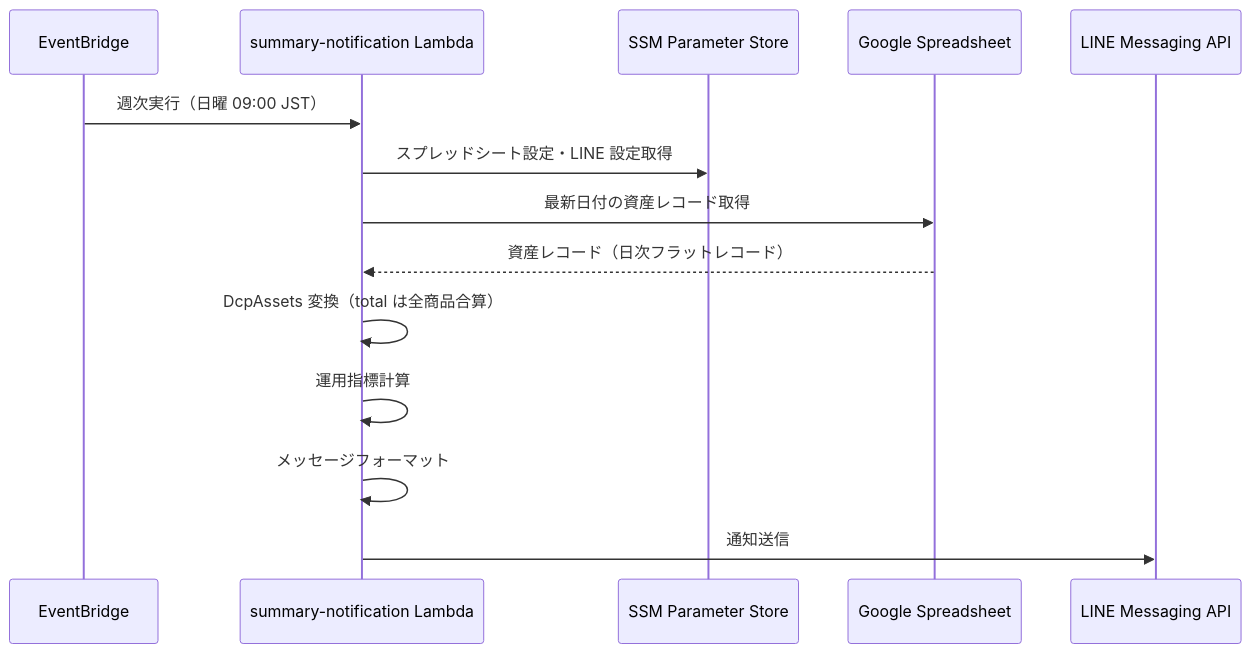
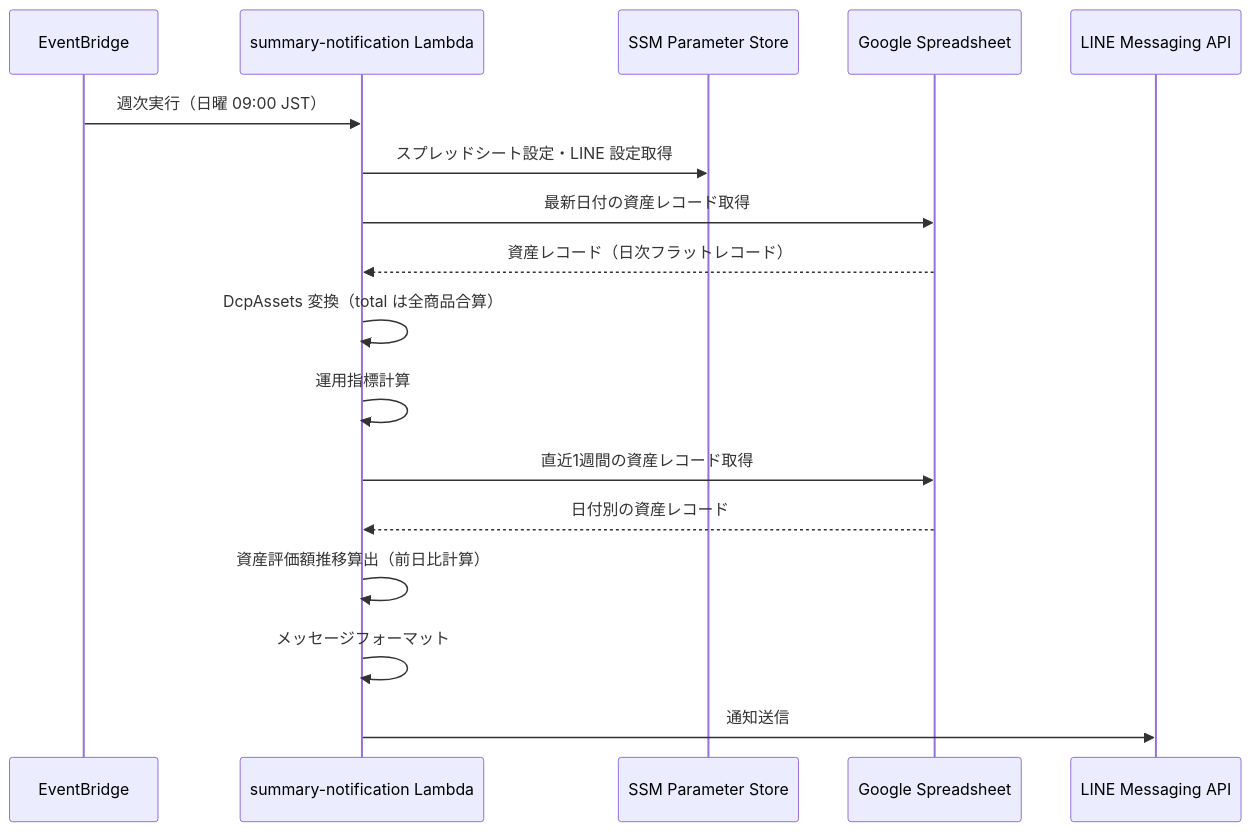
One commit to kamaD-y/dcp-ops-monitor changed the second of 2 diagrams in docs/functional-design.md. Above: the diagram before and after it, drawn with Mermaid. The commit also changed other lines of this file, not shown here.

````diff
--- a/docs/functional-design.md
+++ b/docs/functional-design.md
@@ -50,17 +50,20 @@
 ```mermaid
 sequenceDiagram
     participant EventBridge
     participant Lambda as summary-notification Lambda
     participant SSM as SSM Parameter Store
     participant GSheet as Google Spreadsheet
     participant LINE as LINE Messaging API
 
     EventBridge->>Lambda: 週次実行（日曜 09:00 JST）
     Lambda->>SSM: スプレッドシート設定・LINE 設定取得
     Lambda->>GSheet: 最新日付の資産レコード取得
     GSheet-->>Lambda: 資産レコード（日次フラットレコード）
     Lambda->>Lambda: DcpAssets 変換（total は全商品合算）
     Lambda->>Lambda: 運用指標計算
+    Lambda->>GSheet: 直近1週間の資産レコード取得
+    GSheet-->>Lambda: 日付別の資産レコード
+    Lambda->>Lambda: 資産評価額推移算出（前日比計算）
     Lambda->>Lambda: メッセージフォーマット
     Lambda->>LINE: 通知送信
 ```
````
